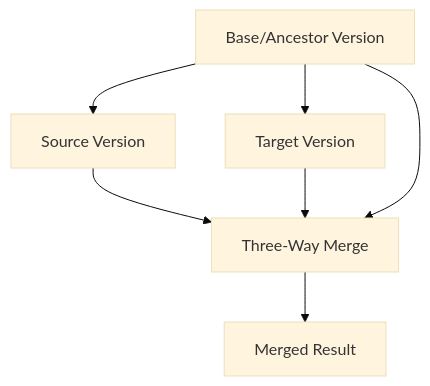
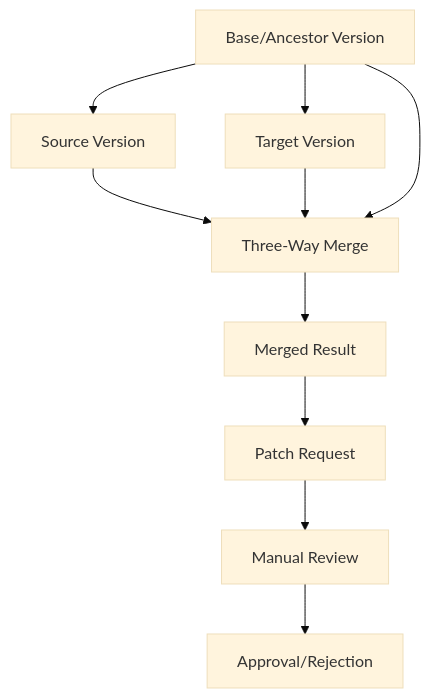
The fourth of 9 diagrams in apps/app/src/routes/local/documentation/COMPOSITES-ARCHITECTURE.md (VisioncreatorEarth/visioncreator), drawn with Mermaid (base theme) before and after one commit. The commit also changed other lines of this file and 3 other files, not shown here.

````diff
--- a/apps/app/src/routes/local/documentation/COMPOSITES-ARCHITECTURE.md
+++ b/apps/app/src/routes/local/documentation/COMPOSITES-ARCHITECTURE.md
@@ -251,9 +267,12 @@
 ```mermaid
 graph TD
     A[Base/Ancestor Version] --> B[Source Version]
     A --> C[Target Version]
     B --> D[Three-Way Merge]
     C --> D
     A --> D
     D --> E[Merged Result]
+    E --> F[Patch Request]
+    F --> G[Manual Review]
+    G --> H[Approval/Rejection]
 ```
````
